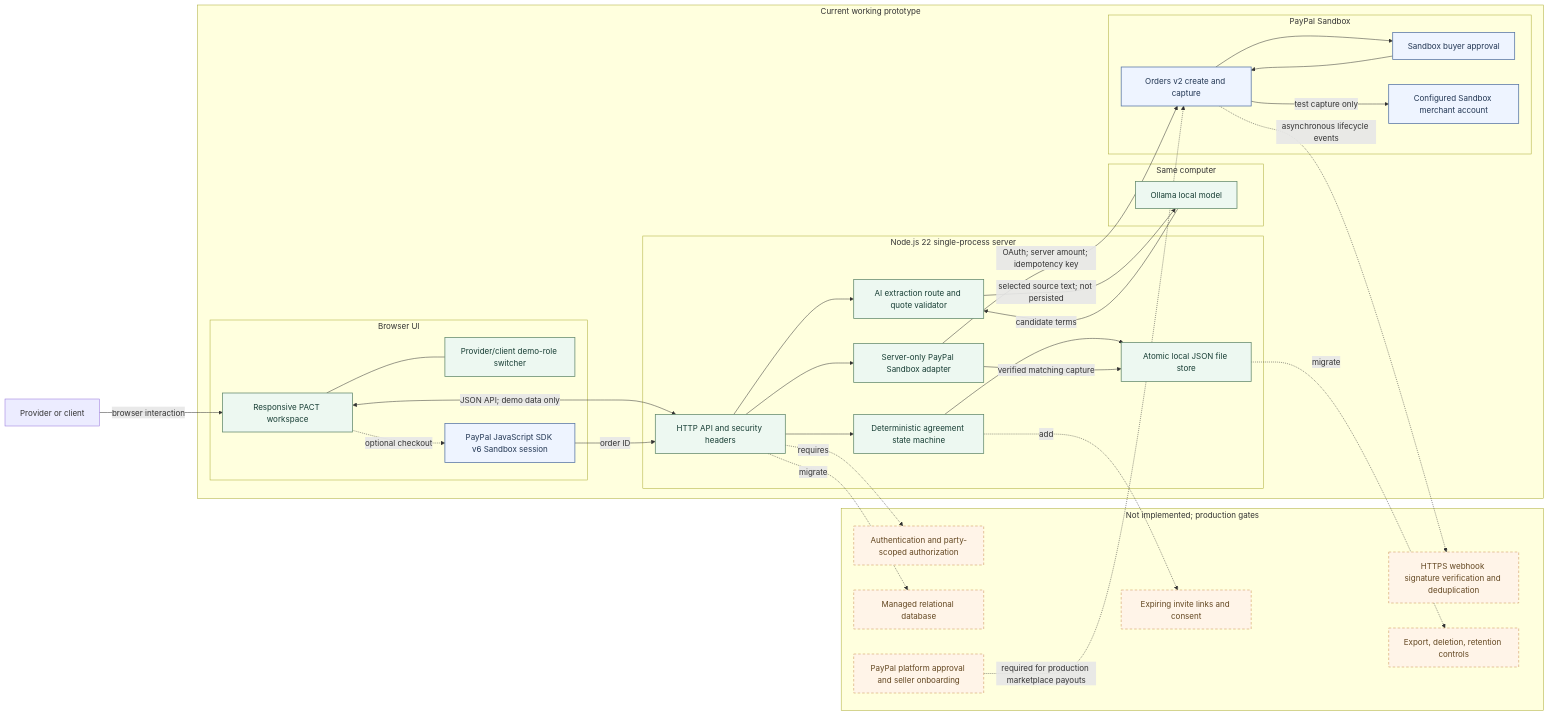
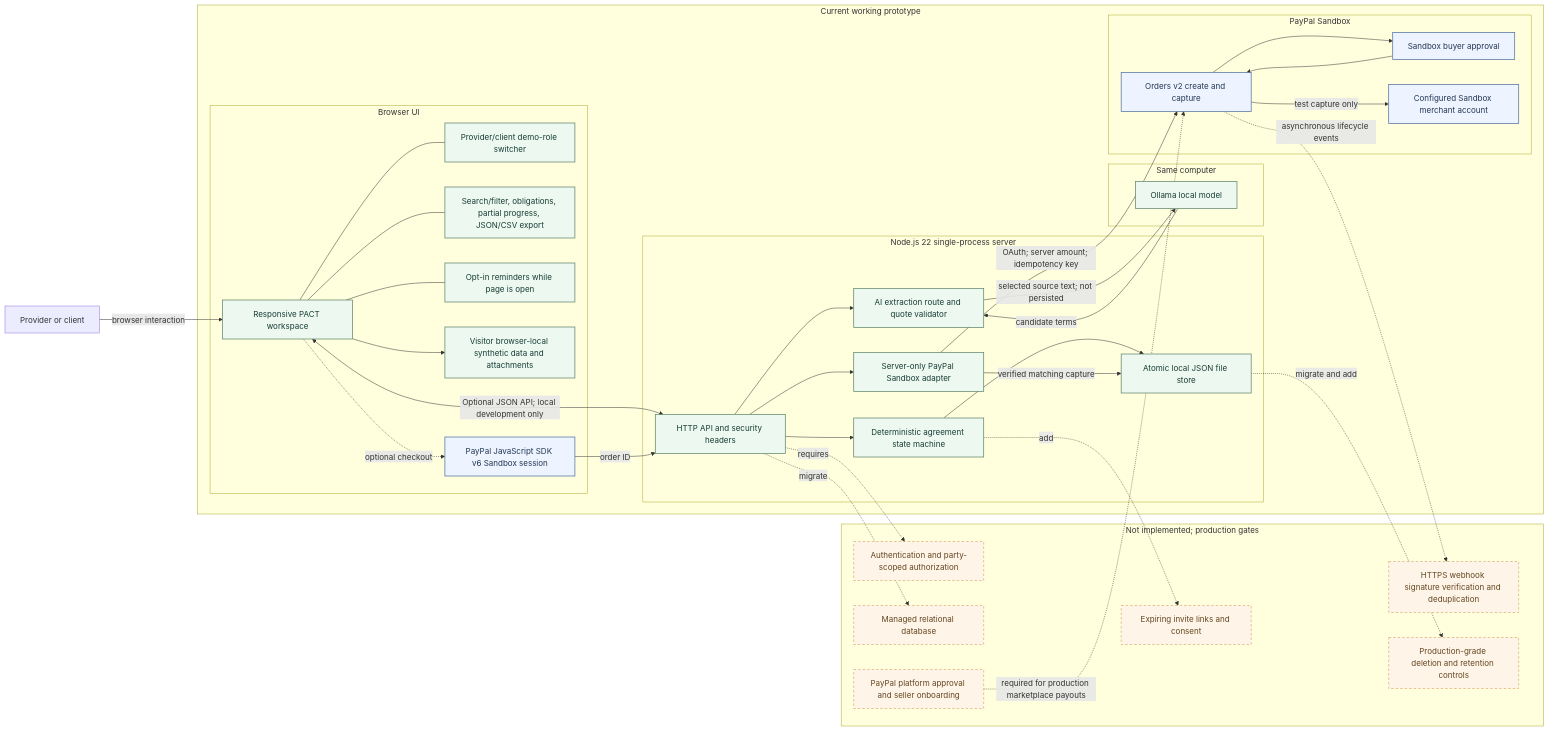
One commit to Stan-lee13/pact-commitment-ledger changed the diagram in docs/architecture.mmd. Above: the diagram before and after it, drawn with Mermaid. The commit also changed 16 other files, not shown here.

```diff
--- a/docs/architecture.mmd
+++ b/docs/architecture.mmd
@@ -1,65 +1,71 @@
 flowchart LR
   person[Provider or client] -->|browser interaction| ui
 
   subgraph current[Current working prototype]
     subgraph browser[Browser UI]
       ui[Responsive PACT workspace]
       roles[Provider/client demo-role switcher]
+      features[Search/filter, obligations, partial progress, JSON/CSV export]
+      reminders[Opt-in reminders while page is open]
+      browserstore[Visitor browser-local synthetic data and attachments]
       sdk[PayPal JavaScript SDK v6 Sandbox session]
       ui --- roles
+      ui --- features
+      ui --- reminders
+      ui --> browserstore
       ui -. optional checkout .-> sdk
     end
 
     subgraph server[Node.js 22 single-process server]
       api[HTTP API and security headers]
       domain[Deterministic agreement state machine]
       store[Atomic local JSON file store]
       paypal[Server-only PayPal Sandbox adapter]
       extract[AI extraction route and quote validator]
       api --> domain --> store
       api --> paypal
       api --> extract
     end
 
     subgraph local[Same computer]
       ollama[Ollama local model]
     end
 
     subgraph paypal_sandbox[PayPal Sandbox]
       rest[Orders v2 create and capture]
       buyer[Sandbox buyer approval]
       merchant[Configured Sandbox merchant account]
     end
 
-    ui <-->|JSON API; demo data only| api
+    ui <-->|Optional JSON API; local development only| api
     extract -->|selected source text; not persisted| ollama
     ollama -->|candidate terms| extract
     sdk -->|order ID| api
     paypal -->|OAuth; server amount; idempotency key| rest
     rest --> buyer --> rest
     rest -->|test capture only| merchant
     paypal -->|verified matching capture| store
   end
 
   subgraph not_yet[Not implemented; production gates]
     auth[Authentication and party-scoped authorization]
     invite[Expiring invite links and consent]
     db[Managed relational database]
     webhook[HTTPS webhook signature verification and deduplication]
-    export[Export, deletion, retention controls]
+    export[Production-grade deletion and retention controls]
     partner[PayPal platform approval and seller onboarding]
   end
 
   api -. requires .-> auth
   api -. migrate .-> db
   rest -. asynchronous lifecycle events .-> webhook
   domain -. add .-> invite
-  store -. migrate .-> export
+  store -. migrate and add .-> export
   partner -. required for production marketplace payouts .-> rest
 
   classDef active fill:#edf8f1,stroke:#63896c,color:#173d34,stroke-width:1.5px
   classDef external fill:#eef4ff,stroke:#5574a4,color:#223653,stroke-width:1.5px
   classDef missing fill:#fff4e8,stroke:#c88c4e,color:#634721,stroke-dasharray:5 4
-  class ui,roles,api,domain,store,paypal,extract,ollama active
+  class ui,roles,features,reminders,browserstore,api,domain,store,paypal,extract,ollama active
   class sdk,rest,buyer,merchant external
   class auth,invite,db,webhook,export,partner missing
```
